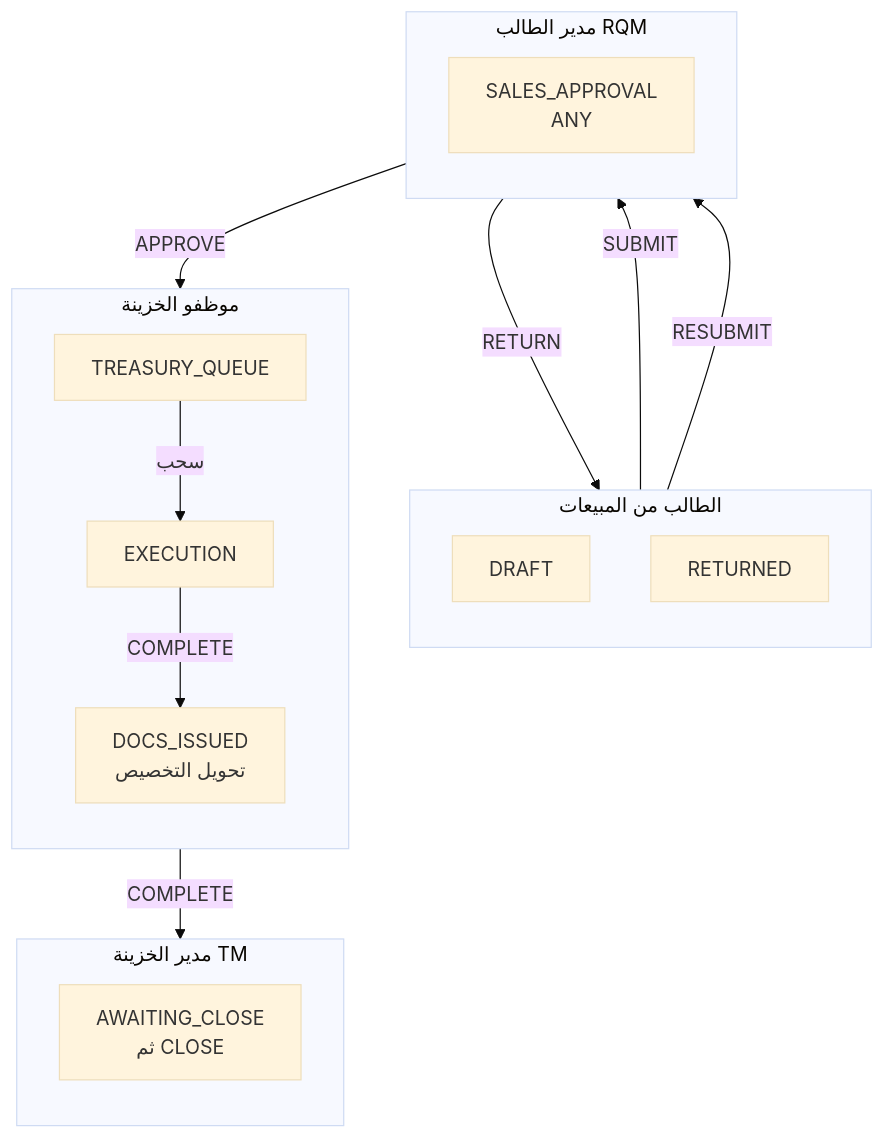
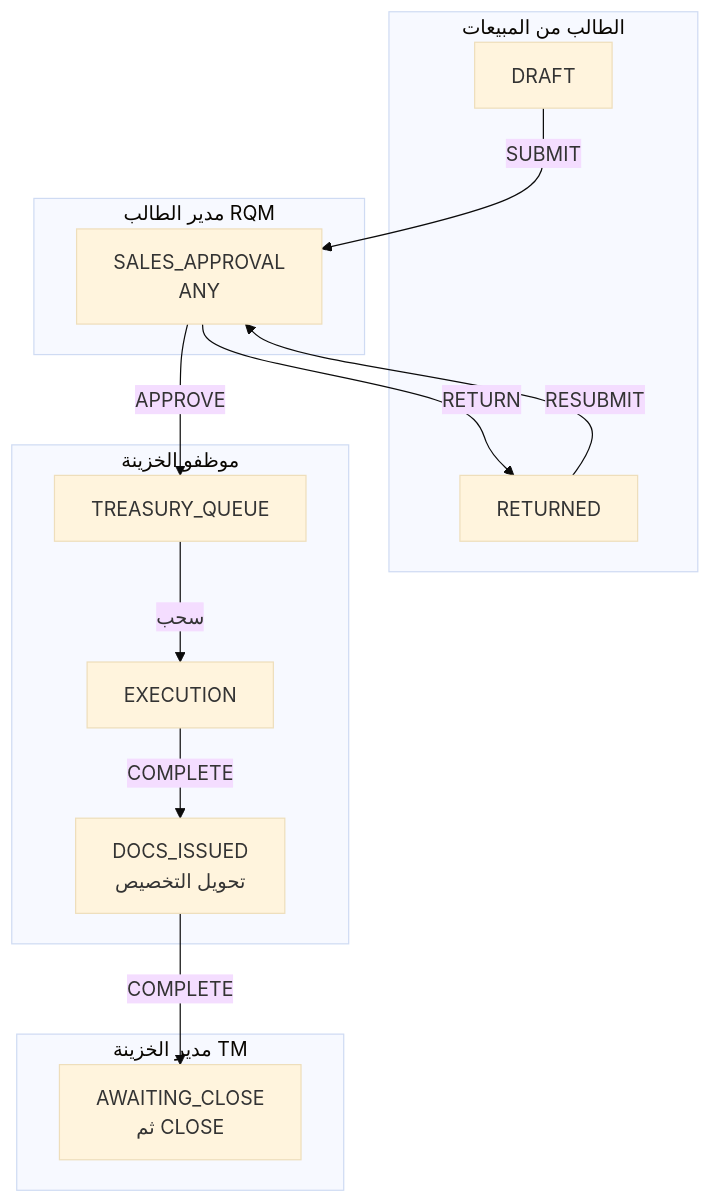
The eighth of 8 diagrams in treasury-platform/docs/30-readiness/DOC-F10-approval-workflow-model.md (thawrasy/smartlines), drawn with Mermaid (base theme) before and after one commit. The commit also changed other lines of this file and 2 other files, not shown here.

````diff
--- a/treasury-platform/docs/30-readiness/DOC-F10-approval-workflow-model.md
+++ b/treasury-platform/docs/30-readiness/DOC-F10-approval-workflow-model.md
@@ -458,29 +433,25 @@
 ```mermaid
 flowchart TB
   subgraph RQ["الطالب من المبيعات"]
-    direction TB
     D["DRAFT"]
     RT["RETURNED"]
   end
   subgraph MG["مدير الطالب RQM"]
-    direction TB
     A["SALES_APPROVAL<br/>ANY"]
   end
   subgraph TE["موظفو الخزينة"]
-    direction TB
     Q["TREASURY_QUEUE"]
     X["EXECUTION"]
     DI["DOCS_ISSUED<br/>تحويل التخصيص"]
   end
   subgraph TM["مدير الخزينة TM"]
-    direction TB
     AC["AWAITING_CLOSE<br/>ثم CLOSE"]
   end
   D -->|"SUBMIT"| A
   A -->|"APPROVE"| Q
   A -->|"RETURN"| RT
   RT -->|"RESUBMIT"| A
   Q -->|"سحب"| X
   X -->|"COMPLETE"| DI
   DI -->|"COMPLETE"| AC
 ```
````
